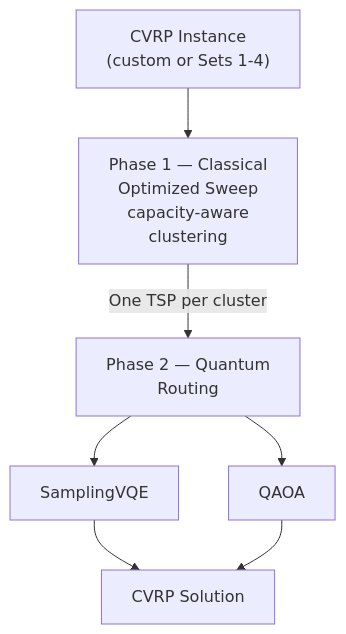
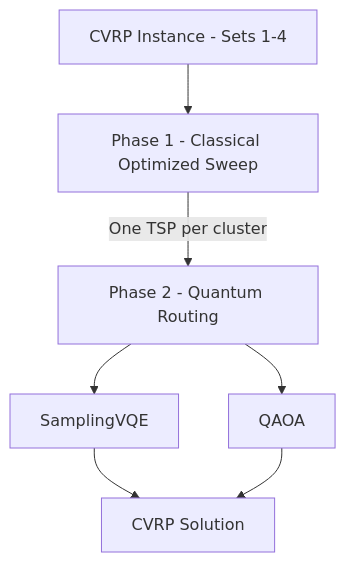
One commit to PouliotAlexis/QuantumCT-RTRC-qBraid-Challenge changed the first of 3 diagrams in README.md. Above: the diagram before and after it, drawn with Mermaid. The commit also changed other lines of this file, not shown here.

Commit message:
docs: simplify Mermaid diagrams and standardize text formatting in README.md

````diff
--- a/README.md
+++ b/README.md
@@ -40,16 +40,16 @@
 ```mermaid
-flowchart TD
-    A["CVRP Instance<br/>(custom or Sets 1-4)"]
-    B["Phase 1 — Classical<br/>Optimized Sweep<br/>capacity-aware<br/>clustering"]
-    C["Phase 2 — Quantum<br/>Routing"]
+graph TD
+    A["CVRP Instance - Sets 1-4"]
+    B["Phase 1 - Classical Optimized Sweep"]
+    C["Phase 2 - Quantum Routing"]
     D["SamplingVQE"]
     E["QAOA"]
     F["CVRP Solution"]
 
     A --> B
     B -->|"One TSP per cluster"| C
     C --> D
     C --> E
     D --> F
     E --> F
 ```
````
